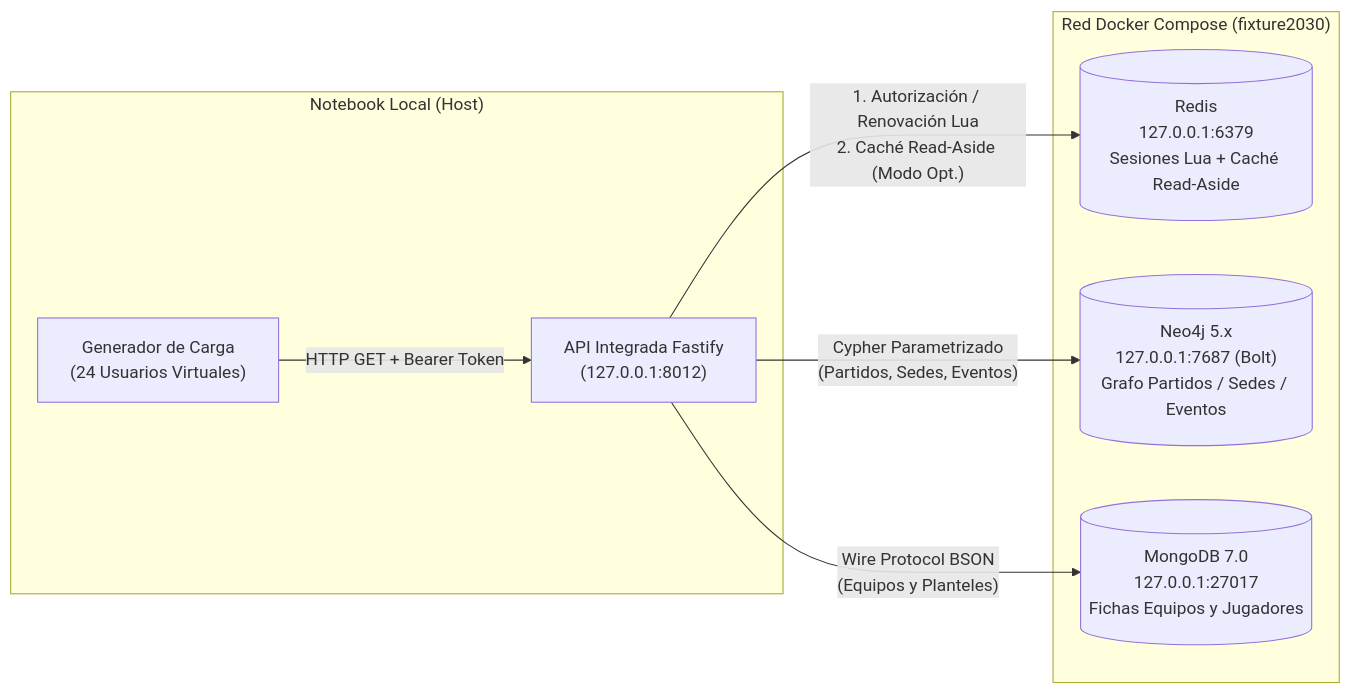
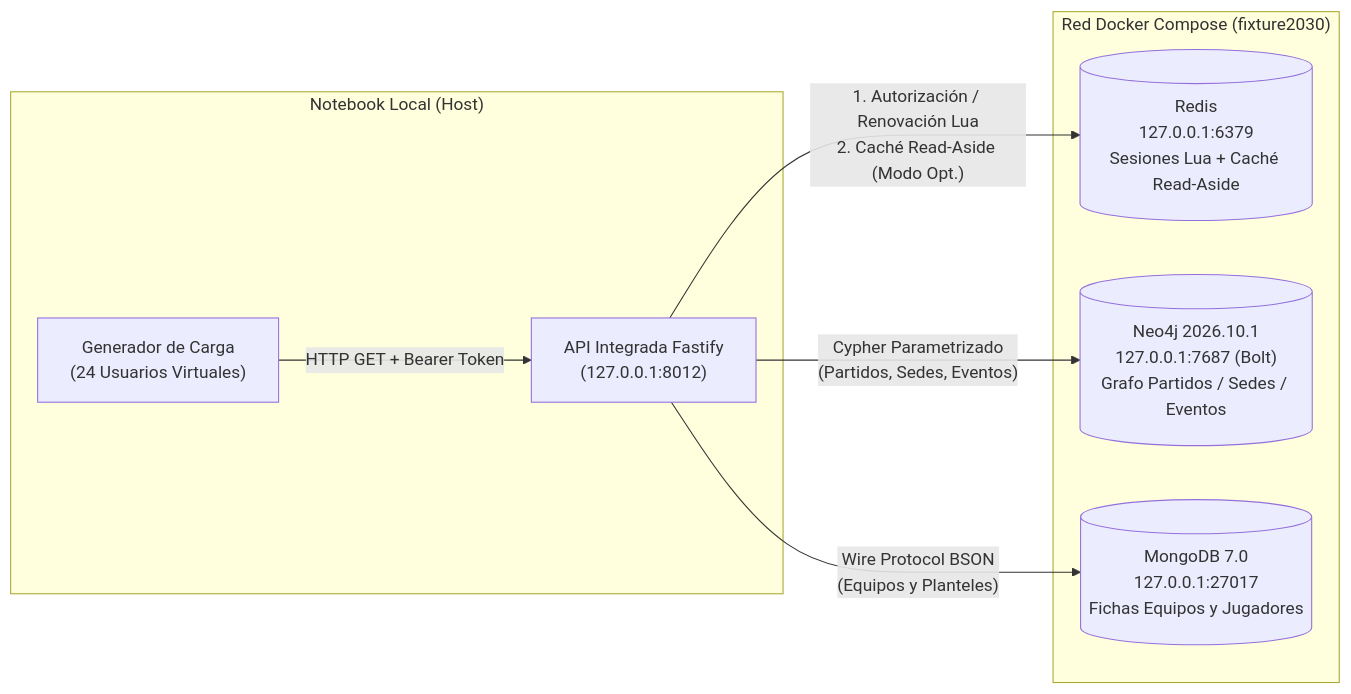
The diagram in hito-12-carga-optimizacion/compose-o-instrucciones-del-entorno.md (BrianValente/uade-tpo-ingenieria-de-datos-ii-fixture), drawn with Mermaid before and after one commit. The commit also changed other lines of this file and 9 other files, not shown here.

````diff
--- a/hito-12-carga-optimizacion/compose-o-instrucciones-del-entorno.md
+++ b/hito-12-carga-optimizacion/compose-o-instrucciones-del-entorno.md
@@ -11,18 +11,18 @@
 ```mermaid
 flowchart LR
     subgraph Host["Notebook Local (Host)"]
         Gen["Generador de Carga\n(24 Usuarios Virtuales)"]
         API["API Integrada Fastify\n(127.0.0.1:8012)"]
     end
 
     subgraph Docker["Red Docker Compose (fixture2030)"]
         Redis[("Redis\n127.0.0.1:6379\nSesiones Lua + Caché Read-Aside")]
-        Neo4j[("Neo4j 5.x\n127.0.0.1:7687 (Bolt)\nGrafo Partidos / Sedes / Eventos")]
+        Neo4j[("Neo4j 2026.10.1\n127.0.0.1:7687 (Bolt)\nGrafo Partidos / Sedes / Eventos")]
         Mongo[("MongoDB 7.0\n127.0.0.1:27017\nFichas Equipos y Jugadores")]
     end
 
     Gen -->|"HTTP GET + Bearer Token"| API
     API -->|"1. Autorización / Renovación Lua\n2. Caché Read-Aside (Modo Opt.)"| Redis
     API -->|"Cypher Parametrizado\n(Partidos, Sedes, Eventos)"| Neo4j
     API -->|"Wire Protocol BSON\n(Equipos y Planteles)"| Mongo
 ```
````
